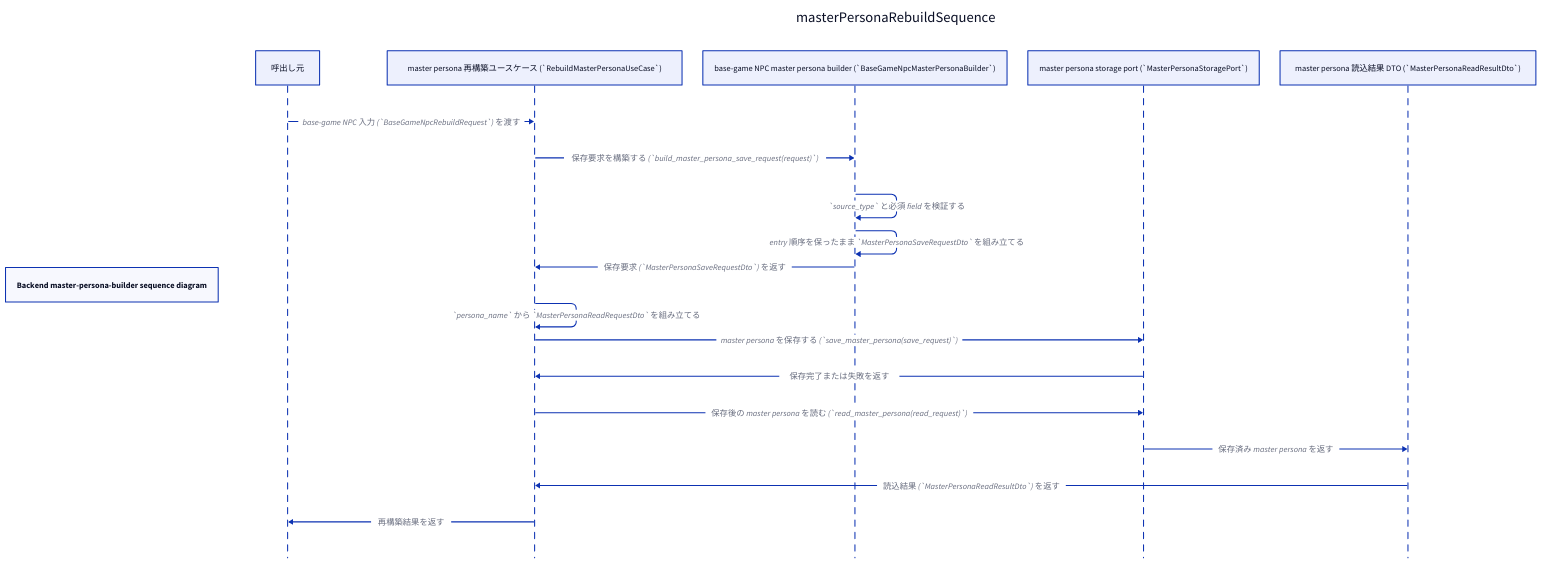
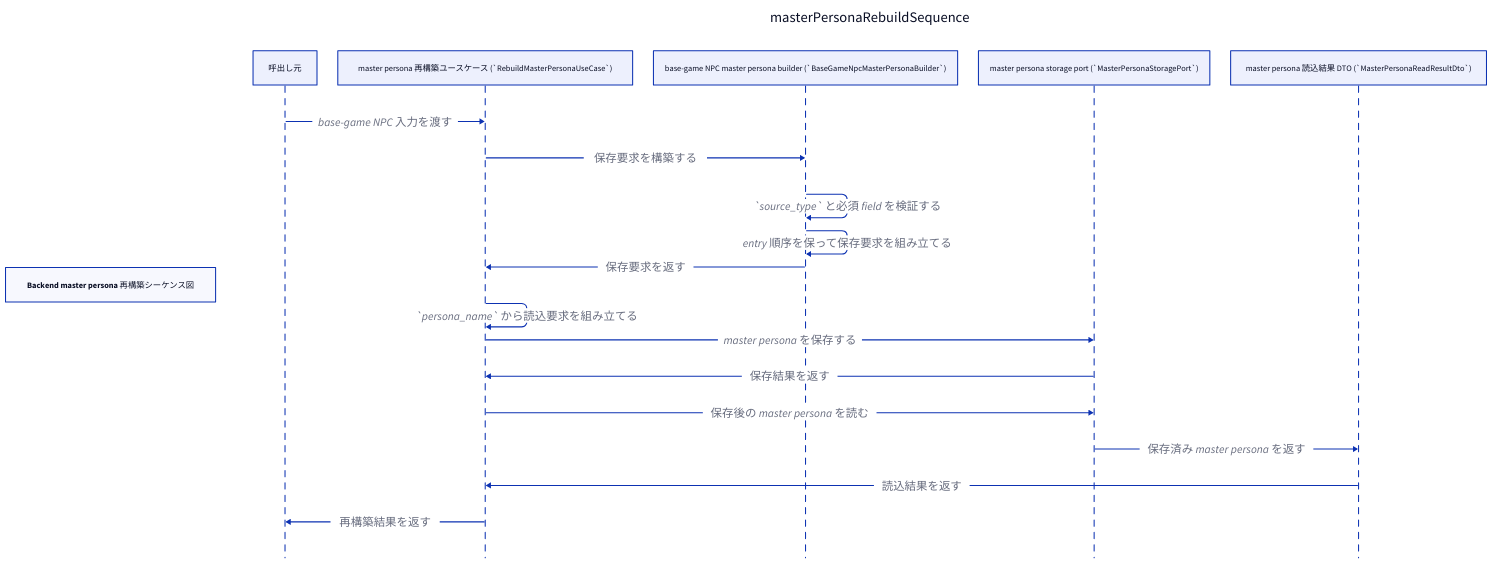
One commit to ishibata91/AITranslationEngineJP changed the diagram in 4humans/diagrams/processes/backend-master-persona-builder-sequence-diagram.d2. Above: the diagram before and after it, drawn with D2. The commit also changed 54 other files, not shown here.

```diff
--- a/4humans/diagrams/processes/backend-master-persona-builder-sequence-diagram.d2
+++ b/4humans/diagrams/processes/backend-master-persona-builder-sequence-diagram.d2
@@ -1,24 +1,48 @@
-title: "Backend master-persona-builder sequence diagram"
+title: "Backend master persona 再構築シーケンス図"
 
 masterPersonaRebuildSequence: {
   shape: sequence_diagram
 
   caller: "呼出し元"
   rebuildUsecase: "master persona 再構築ユースケース (`RebuildMasterPersonaUseCase`)"
   builder: "base-game NPC master persona builder (`BaseGameNpcMasterPersonaBuilder`)"
   storagePort: "master persona storage port (`MasterPersonaStoragePort`)"
   readResult: "master persona 読込結果 DTO (`MasterPersonaReadResultDto`)"
 
-  caller -> rebuildUsecase: base-game NPC 入力 (`BaseGameNpcRebuildRequest`) を渡す
-  rebuildUsecase -> builder: 保存要求を構築する (`build_master_persona_save_request(request)`)
-  builder -> builder: `source_type` と必須 field を検証する
-  builder -> builder: entry 順序を保ったまま `MasterPersonaSaveRequestDto` を組み立てる
-  builder -> rebuildUsecase: 保存要求 (`MasterPersonaSaveRequestDto`) を返す
-  rebuildUsecase -> rebuildUsecase: `persona_name` から `MasterPersonaReadRequestDto` を組み立てる
-  rebuildUsecase -> storagePort: master persona を保存する (`save_master_persona(save_request)`)
-  storagePort -> rebuildUsecase: 保存完了または失敗を返す
-  rebuildUsecase -> storagePort: 保存後の master persona を読む (`read_master_persona(read_request)`)
-  storagePort -> readResult: 保存済み master persona を返す
-  readResult -> rebuildUsecase: 読込結果 (`MasterPersonaReadResultDto`) を返す
-  rebuildUsecase -> caller: 再構築結果を返す
+  caller -> rebuildUsecase: base-game NPC 入力を渡す {
+    style.font-size: 22
+  }
+  rebuildUsecase -> builder: 保存要求を構築する {
+    style.font-size: 22
+  }
+  builder -> builder: `source_type` と必須 field を検証する {
+    style.font-size: 22
+  }
+  builder -> builder: entry 順序を保って保存要求を組み立てる {
+    style.font-size: 22
+  }
+  builder -> rebuildUsecase: 保存要求を返す {
+    style.font-size: 22
+  }
+  rebuildUsecase -> rebuildUsecase: `persona_name` から読込要求を組み立てる {
+    style.font-size: 22
+  }
+  rebuildUsecase -> storagePort: master persona を保存する {
+    style.font-size: 22
+  }
+  storagePort -> rebuildUsecase: 保存結果を返す {
+    style.font-size: 22
+  }
+  rebuildUsecase -> storagePort: 保存後の master persona を読む {
+    style.font-size: 22
+  }
+  storagePort -> readResult: 保存済み master persona を返す {
+    style.font-size: 22
+  }
+  readResult -> rebuildUsecase: 読込結果を返す {
+    style.font-size: 22
+  }
+  rebuildUsecase -> caller: 再構築結果を返す {
+    style.font-size: 22
+  }
 }
```
